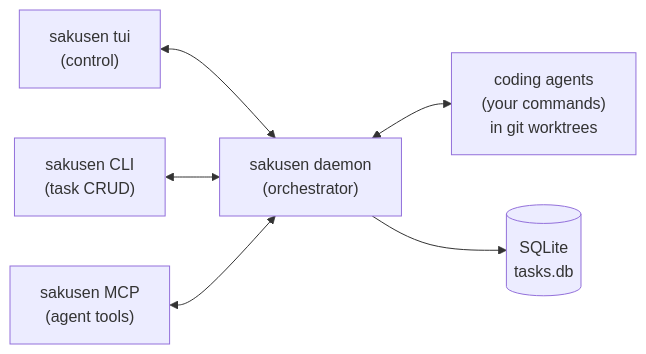
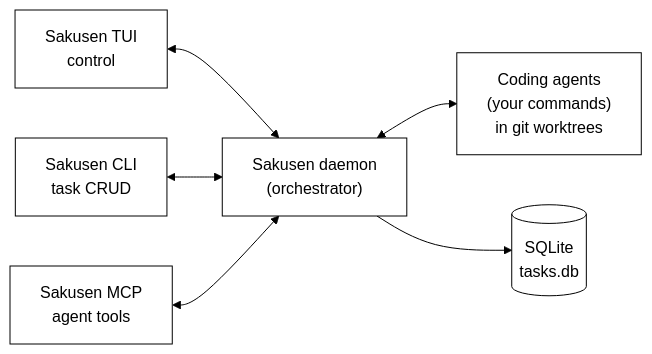
One commit to Bakaface/sakusen changed the diagram in README.md. Above: the diagram before and after it, drawn with Mermaid.

Commit message:
docs: clean up diagram labels and use b&w styling

````diff
--- a/README.md
+++ b/README.md
@@ -9,8 +9,9 @@
 ```mermaid
+%%{init: {"theme": "base", "themeVariables": {"primaryColor": "#ffffff", "primaryTextColor": "#000000", "primaryBorderColor": "#000000", "lineColor": "#000000"}}}%%
 flowchart LR
-    tui["sakusen tui<br/>(control)"] <--> daemon["sakusen daemon<br/>(orchestrator)"]
-    cli["sakusen CLI<br/>(task CRUD)"] <--> daemon
-    mcp["sakusen MCP<br/>(agent tools)"] <--> daemon
-    daemon <--> agents["coding agents<br/>(your commands)<br/>in git worktrees"]
+    tui["Sakusen TUI<br/>control"] <--> daemon["Sakusen daemon<br/>(orchestrator)"]
+    cli["Sakusen CLI<br/>task CRUD"] <--> daemon
+    mcp["Sakusen MCP<br/>agent tools"] <--> daemon
+    daemon <--> agents["Coding agents<br/>(your commands)<br/>in git worktrees"]
     daemon --> db[("SQLite<br/>tasks.db")]
 ```
````
